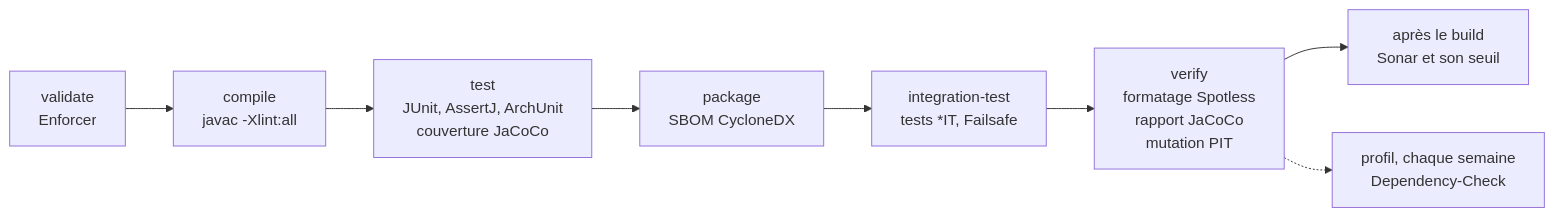
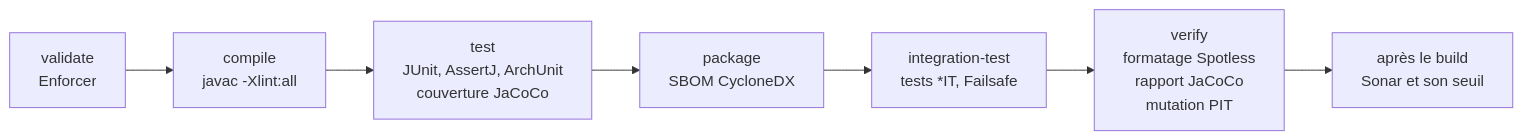
The diagram in controles/chaine-complete/README.md (formatt-tech/qualite-java), drawn with Mermaid before and after one commit. The commit also changed other lines of this file and 6 other files, not shown here.

First line of the commit message:
build: retirer OWASP Dependency-Check

````diff
--- a/controles/chaine-complete/README.md
+++ b/controles/chaine-complete/README.md
@@ -36,10 +34,9 @@
 ```mermaid
 flowchart LR
     V["validate<br/>Enforcer"] --> C["compile<br/>javac -Xlint:all"]
     C --> T["test<br/>JUnit, AssertJ, ArchUnit<br/>couverture JaCoCo"]
     T --> P["package<br/>SBOM CycloneDX"]
     P --> I["integration-test<br/>tests *IT, Failsafe"]
     I --> VE["verify<br/>formatage Spotless<br/>rapport JaCoCo<br/>mutation PIT"]
     VE --> S["après le build<br/>Sonar et son seuil"]
-    VE -.-> N["profil, chaque semaine<br/>Dependency-Check"]
 ```
````
